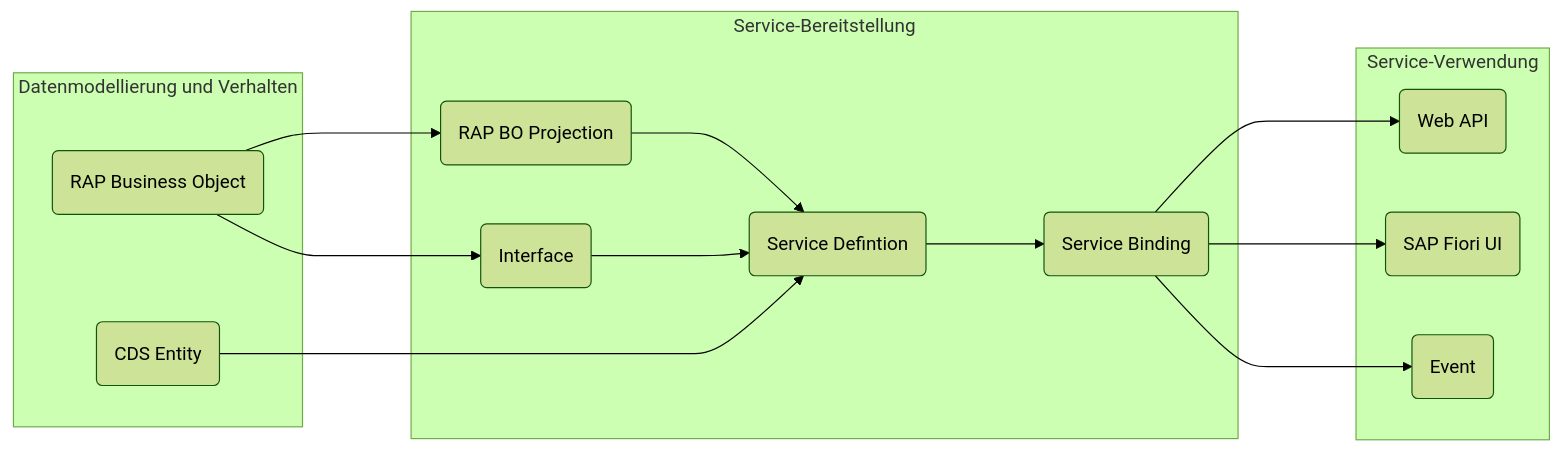
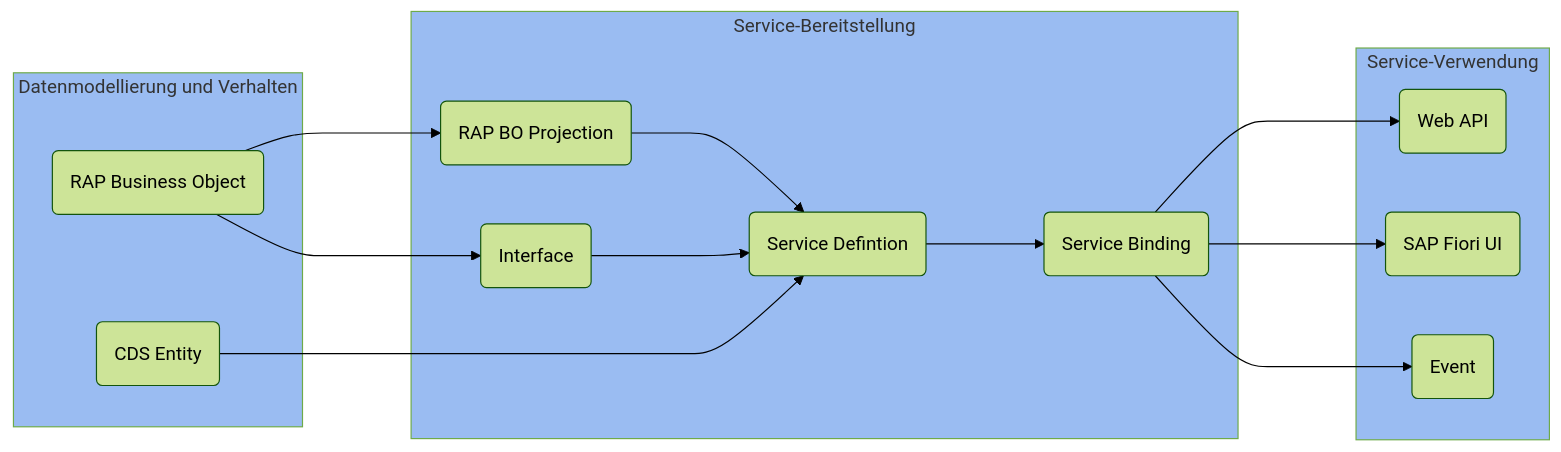
The first of 2 diagrams in docs/documentation/rap.md (appenmaier/s4hana), drawn with Mermaid (forest theme) before and after one commit. The commit also changed other lines of this file and 15 other files, not shown here.

Commit message:
update cookbook and mermaid

````diff
--- a/docs/documentation/rap.md
+++ b/docs/documentation/rap.md
@@ -31,30 +31,34 @@
 ```mermaid
 flowchart LR
     binding ---> api
     binding ---> ui
     binding ---> event
     definition ---> binding
     projection ---> definition
     interface ---> definition
     bo ---> projection
     bo ---> interface
     entity --> definition
 
     subgraph Service-Verwendung
         ui(SAP Fiori UI)
         api(Web API)
         event(Event)
     end
 
     subgraph Service-Bereitstellung
         binding(Service Binding)
         definition(Service Defintion)
         projection(RAP BO Projection)
         interface(Interface)
     end
 
-    subgraph Datenmodellierung und Verhalten
+    subgraph Datenmodellierung&#160und&#160Verhalten
         bo(RAP Business Object)
         entity(CDS Entity)
     end
+
+    style Datenmodellierung&#160und&#160Verhalten fill:#9abcf2
+    style Service-Bereitstellung fill:#9abcf2
+    style Service-Verwendung fill:#9abcf2
 ```
````
